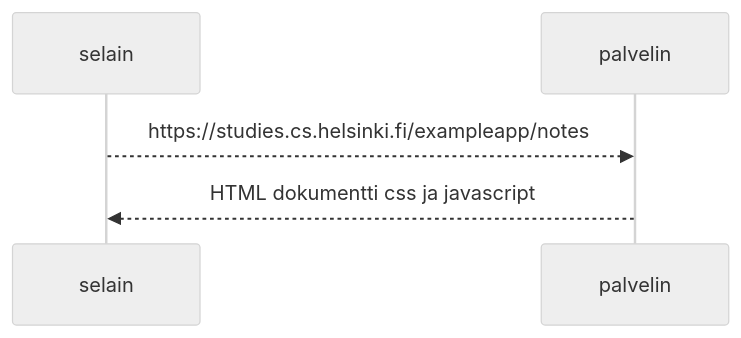
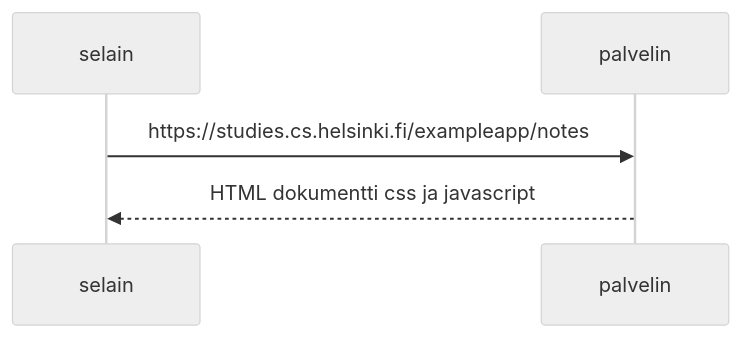
Before and after one commit to MiroIhalainen/Web-sovellusten-toimintaperiaatteet: the diagram in 05.md, drawn with Mermaid (neutral theme).

````diff
--- a/05.md
+++ b/05.md
@@ -1,8 +1,8 @@
 ```mermaid
 sequenceDiagram
     participant selain
     participant palvelin
 
-    selain-->>palvelin: https://studies.cs.helsinki.fi/exampleapp/notes
+    selain->>palvelin: https://studies.cs.helsinki.fi/exampleapp/notes
     palvelin-->>selain: HTML dokumentti css ja javascript
 ```
````
